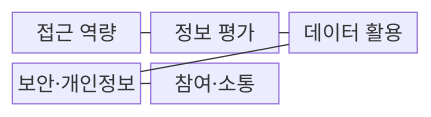
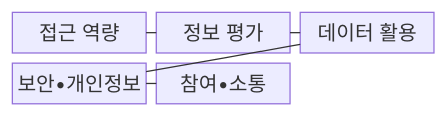
One commit to agnusdei1207/knowledge-base changed the first of 2 diagrams in src/content/docs/notes/07-law-policy/012_digital_literacy.md. Above: the diagram before and after it, drawn with Mermaid. The commit also changed other lines of this file and 953 other files, not shown here.

````diff
--- a/src/content/docs/notes/07-law-policy/012_digital_literacy.md
+++ b/src/content/docs/notes/07-law-policy/012_digital_literacy.md
@@ -69,13 +69,13 @@
 ```mermaid
 block-beta
     columns 3
     A["접근 역량"]
     B["정보 평가"]
     C["데이터 활용"]
-    D["보안·개인정보"]
-    E["참여·소통"]
+    D["보안•개인정보"]
+    E["참여•소통"]
     A --- B
     B --- C
     C --- D
     D --- E
 ```
````
